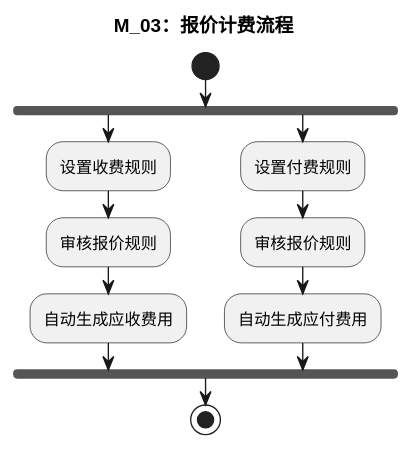
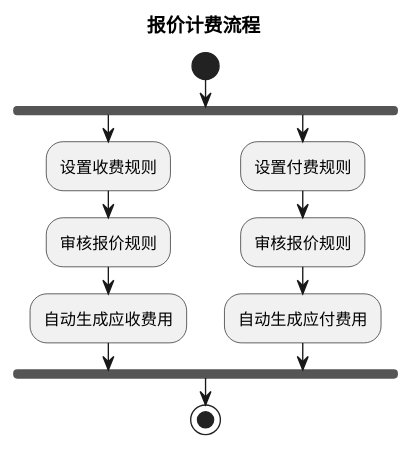
The seventh of 7 diagrams in product-caliber/goldjet/segmented-prd/mainflow/PRD.高捷物流系统一期.主流程.08.税金管理与财务结算流程.md (jack888332/projects-doc), drawn with PlantUML before and after one commit. The commit also changed other lines of this file and 59 other files, not shown here.

````diff
--- a/product-caliber/goldjet/segmented-prd/mainflow/PRD.高捷物流系统一期.主流程.08.税金管理与财务结算流程.md
+++ b/product-caliber/goldjet/segmented-prd/mainflow/PRD.高捷物流系统一期.主流程.08.税金管理与财务结算流程.md
@@ -200,16 +172,16 @@
 ```plantuml
 @startuml
-title M_03：报价计费流程
+title 报价计费流程
 start
 fork
   :设置收费规则;
   :审核报价规则;
   :自动生成应收费用;
 fork again
   :设置付费规则;
   :审核报价规则;
   :自动生成应付费用;
 end fork
 stop
 @enduml
 ```
````
